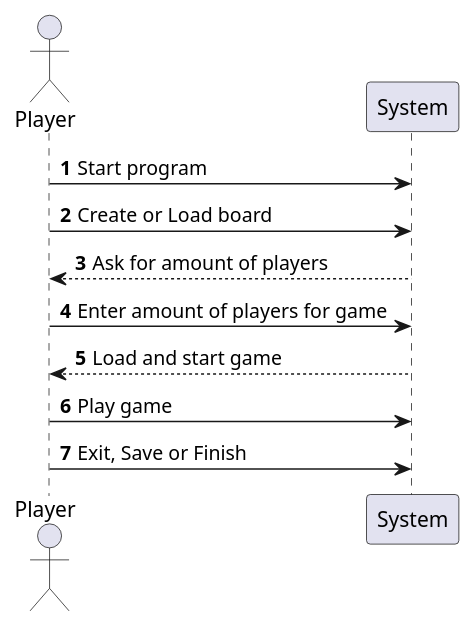
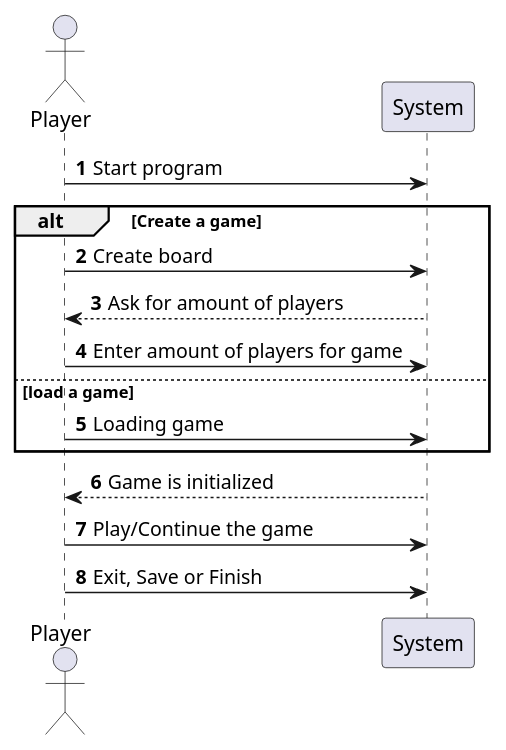
Before and after one commit to SiGoldbach/roborally: the diagram in 02324-f22-master-e1f89f504da192119e73ae0ea99f3085281965a4/RoboRally/roborally-1.1.0-java17/roborally/Models/systemsequencediagram.puml, drawn with PlantUML.

Commit message:
systemsekvens fix

```diff
--- a/02324-f22-master-e1f89f504da192119e73ae0ea99f3085281965a4/RoboRally/roborally-1.1.0-java17/roborally/Models/systemsequencediagram.puml
+++ b/02324-f22-master-e1f89f504da192119e73ae0ea99f3085281965a4/RoboRally/roborally-1.1.0-java17/roborally/Models/systemsequencediagram.puml
@@ -1,20 +1,28 @@
 @startuml
 'https://plantuml.com/sequence-diagram
 
 autonumber
 
 Actor Player
 Participant System
 
 Player -> System: Start program
 
-Player -> System: Create or Load board
+ALT Create a game
+Player -> System: Create board
 System --> Player: Ask for amount of players
+
 Player -> System: Enter amount of players for game
-System --> Player: Load and start game
-Player -> System: Play game
+else load a game
+
+Player -> System: Loading game
+
+
+end
+
+System --> Player: Game is initialized
+Player -> System: Play/Continue the game
 
 Player -> System: Exit, Save or Finish
 
-
 @enduml
```
